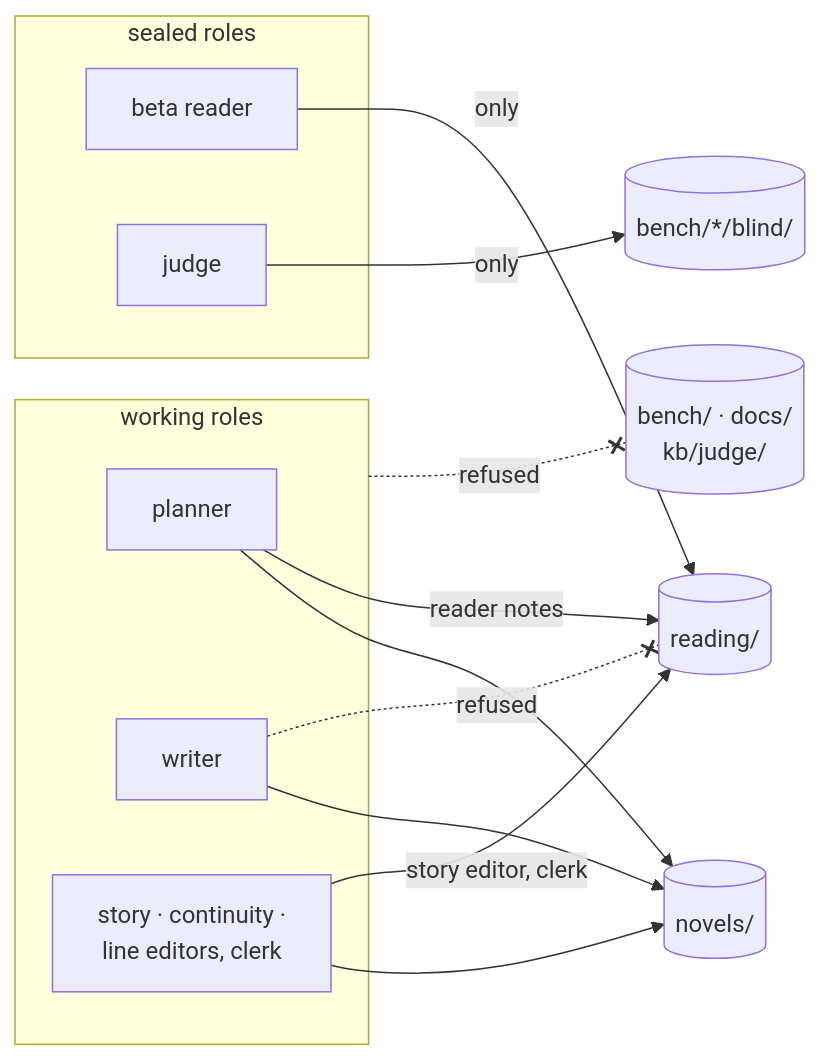
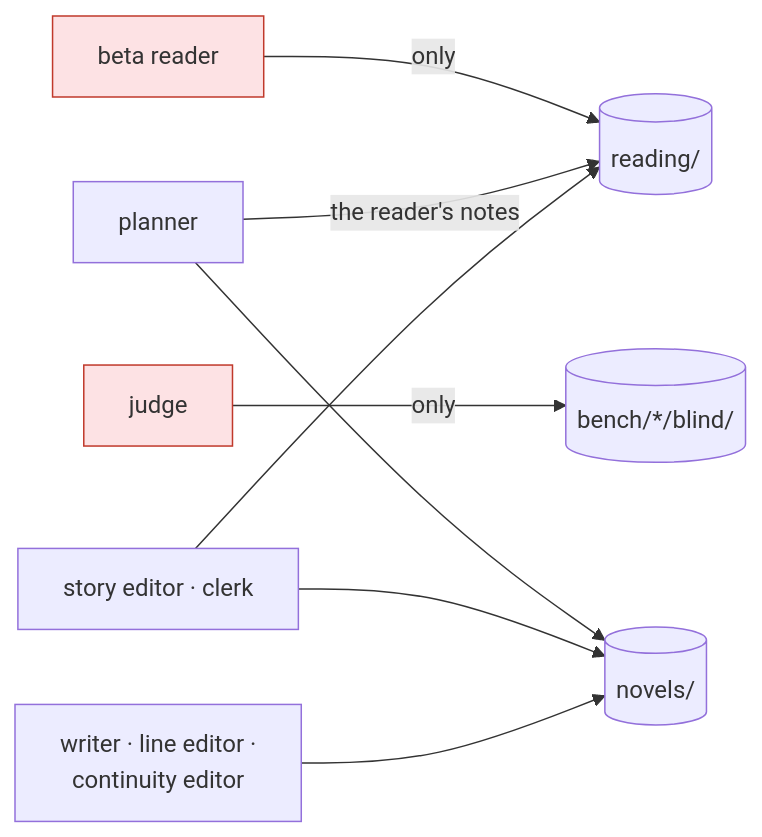
One commit to Adhin37/ai-top-writer changed the sixth of 6 diagrams in README.md. Above: the diagram before and after it, drawn with Mermaid. The commit also changed other lines of this file and 1 other file, not shown here.

Commit message:
docs: add graphs to README.md + how to Contribute in CONTRIBUTING.md

````diff
--- a/README.md
+++ b/README.md
@@ -165,20 +161,11 @@
 ```mermaid
 flowchart LR
-    subgraph sealed["sealed roles"]
-        BR["beta reader"]
-        JD["judge"]
-    end
-    subgraph loop["working roles"]
-        PL["planner"]
-        WR["writer"]
-        ED["story · continuity ·<br/>line editors, clerk"]
-    end
-
-    BR -->|only| RD[("reading/")]
-    JD -->|only| BL[("bench/*/blind/")]
-    PL & WR & ED --> NV[("novels/")]
-    ED -->|"story editor, clerk"| RD
-    PL -->|"reader notes"| RD
-    WR -.-x|refused| RD
-    loop -.-x|refused| BENCH[("bench/ · docs/<br/>kb/judge/")]
+    BR["beta reader"]:::sealed -->|only| RD[("reading/")]
+    JD["judge"]:::sealed -->|only| BL[("bench/*/blind/")]
+    PL["planner"] --> NV[("novels/")]
+    PL -->|"the reader's notes"| RD
+    SE["story editor · clerk"] --> NV
+    SE --> RD
+    WR["writer · line editor ·<br/>continuity editor"] --> NV
+    classDef sealed fill:#fde2e4,stroke:#c0392b
 ```
````
